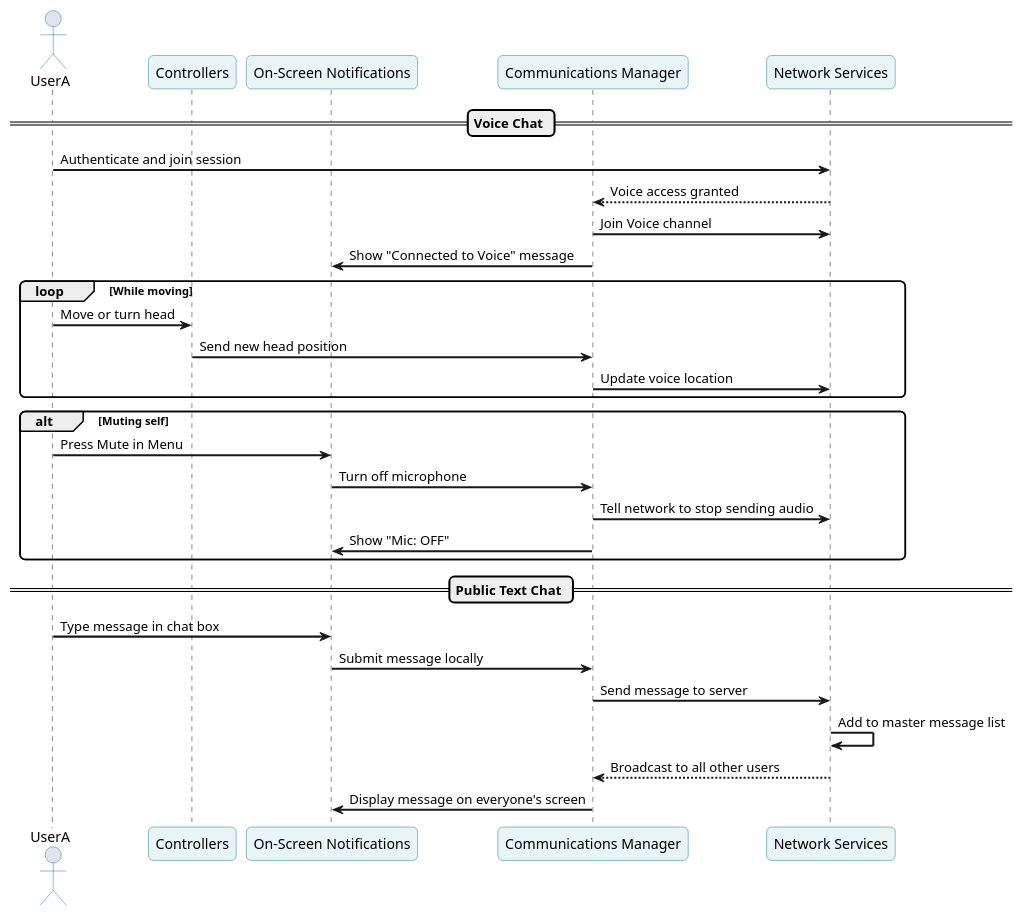
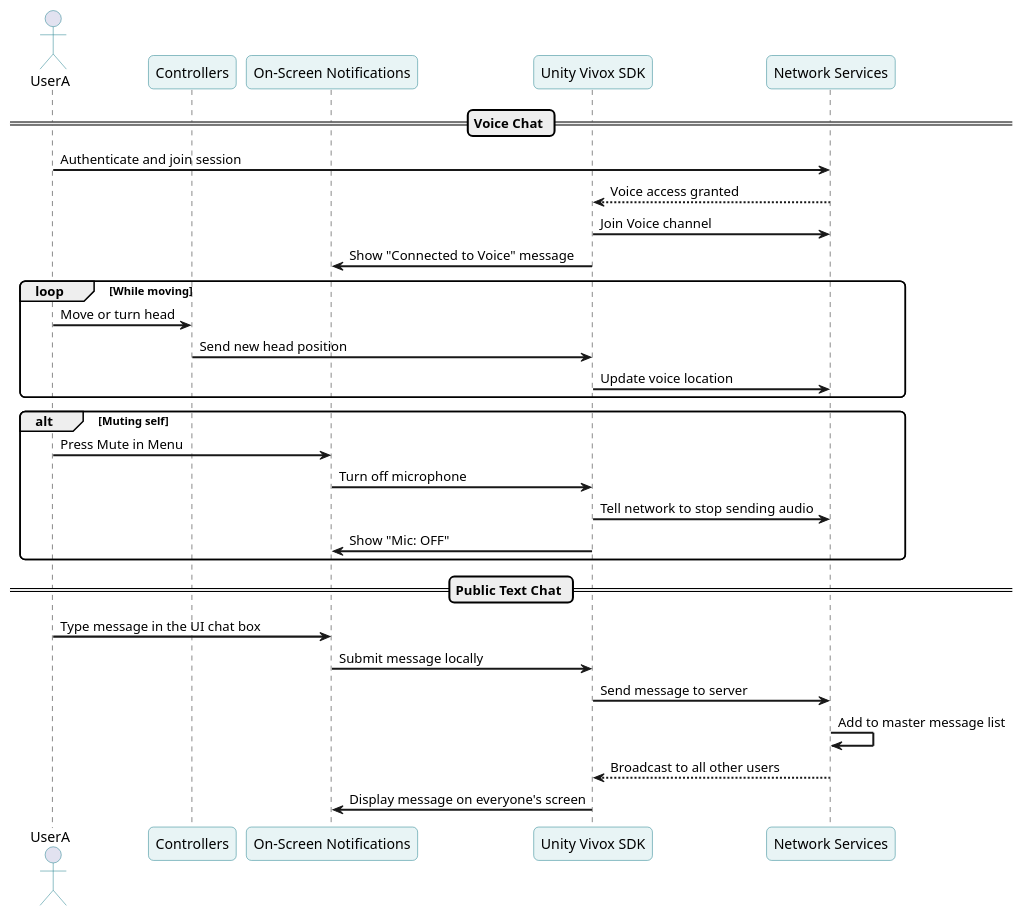
One commit to World-Domination-Plan/Project_X changed the diagram in uml/sequence diagrams/use_cases/Communicate/uml.puml. Above: the diagram before and after it, drawn with PlantUML. The commit also changed 1 other file, not shown here.

Commit message:
updated communicate uml and png

```diff
--- a/uml/sequence diagrams/use_cases/Communicate/uml.puml
+++ b/uml/sequence diagrams/use_cases/Communicate/uml.puml
@@ -1,50 +1,47 @@
-@startuml XR_VoiceChat_Updated
-
+@startuml
 skinparam sequenceArrowThickness 2
 skinparam roundcorner 10
 skinparam sequenceParticipantBorderColor #21808D
 skinparam sequenceParticipantBackgroundColor #e8f4f5
 skinparam actorBorderColor #21808D
 skinparam noteBackgroundColor #fffde7
 skinparam noteBorderColor #e0c000
 
 actor UserA
 
 participant "Controllers" as Input
 participant "On-Screen Notifications" as HUD
-participant "Communications Manager" as CCM
+participant "Unity Vivox SDK" as CCM
 participant "Network Services" as NM
 
 
 == Voice Chat ==
 
 UserA -> NM : Authenticate and join session
 NM --> CCM : Voice access granted
 CCM -> NM : Join Voice channel
 CCM -> HUD : Show "Connected to Voice" message
 
 loop While moving
     UserA -> Input : Move or turn head
     Input -> CCM : Send new head position
     CCM -> NM : Update voice location
 end
 
 alt Muting self
     UserA -> HUD : Press Mute in Menu
     HUD -> CCM : Turn off microphone
     CCM -> NM : Tell network to stop sending audio
     CCM -> HUD : Show "Mic: OFF"
 
 end
 
 == Public Text Chat ==
 
-UserA -> HUD : Type message in chat box
+UserA -> HUD : Type message in the UI chat box
 HUD -> CCM : Submit message locally
 CCM -> NM : Send message to server
 NM -> NM : Add to master message list
 NM --> CCM : Broadcast to all other users
 CCM -> HUD : Display message on everyone's screen
-
-
 @enduml
```
